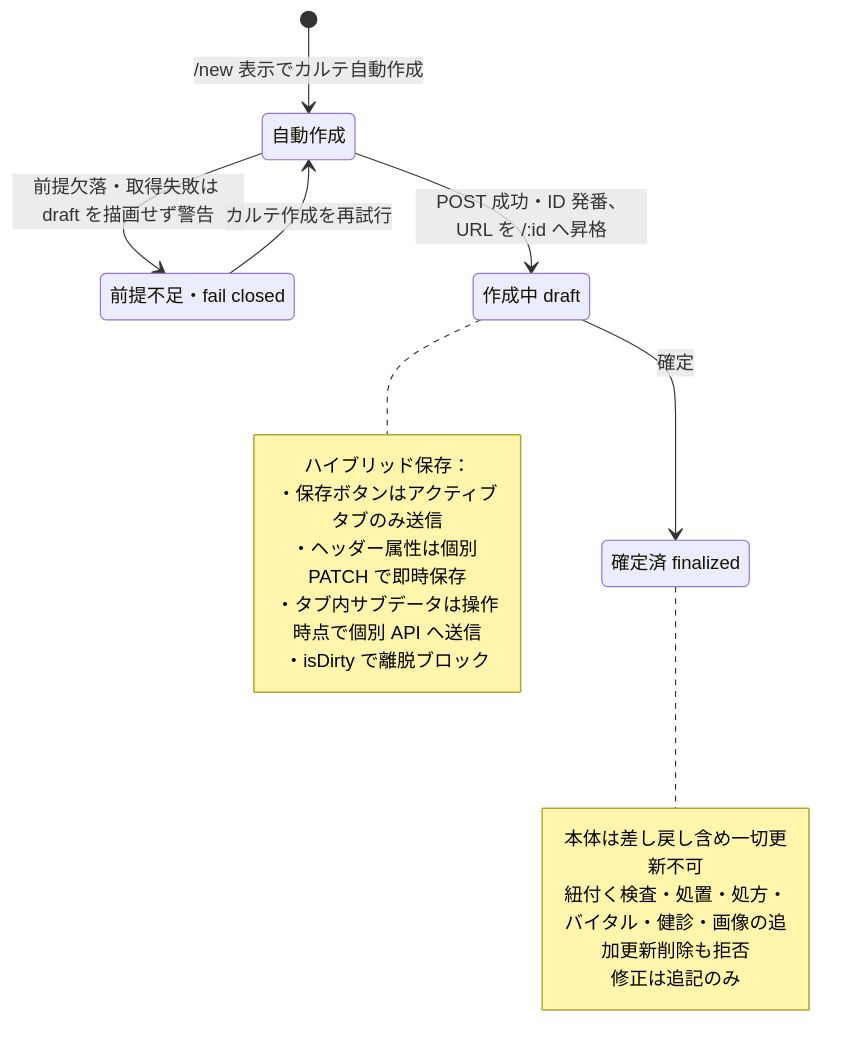
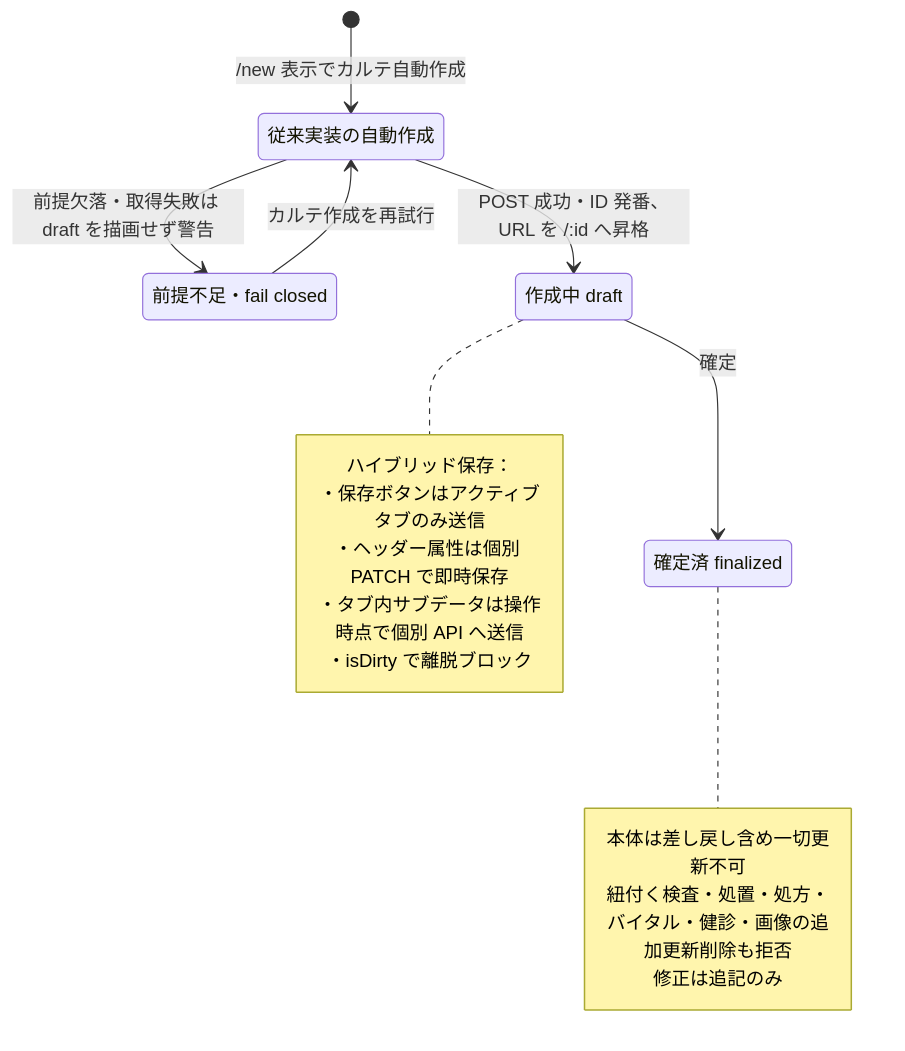
The diagram in docs/spec/domains/medical-records/lifecycle.md (MinoruSoga/AnimalEkarte), drawn with Mermaid before and after one commit. The commit also changed other lines of this file and 72 other files, not shown here.

````diff
--- a/docs/spec/domains/medical-records/lifecycle.md
+++ b/docs/spec/domains/medical-records/lifecycle.md
@@ -74,27 +129,27 @@
 ```mermaid
 stateDiagram-v2
-    state "自動作成" as Creating
+    state "従来実装の自動作成" as Creating
     state "前提不足・fail closed" as Blocked
     state "作成中 draft" as Draft
     state "確定済 finalized" as Finalized
 
     [*] --> Creating: /new 表示でカルテ自動作成
     Creating --> Draft: POST 成功・ID 発番、URL を /:id へ昇格
     Creating --> Blocked: 前提欠落・取得失敗は draft を描画せず警告
     Blocked --> Creating: カルテ作成を再試行
     Draft --> Finalized: 確定
 
     note right of Draft
         ハイブリッド保存：
         ・保存ボタンはアクティブタブのみ送信
         ・ヘッダー属性は個別 PATCH で即時保存
         ・タブ内サブデータは操作時点で個別 API へ送信
         ・isDirty で離脱ブロック
     end note
 
     note right of Finalized
         本体は差し戻し含め一切更新不可
         紐付く検査・処置・処方・バイタル・健診・画像の追加更新削除も拒否
         修正は追記のみ
     end note
 ```
````
